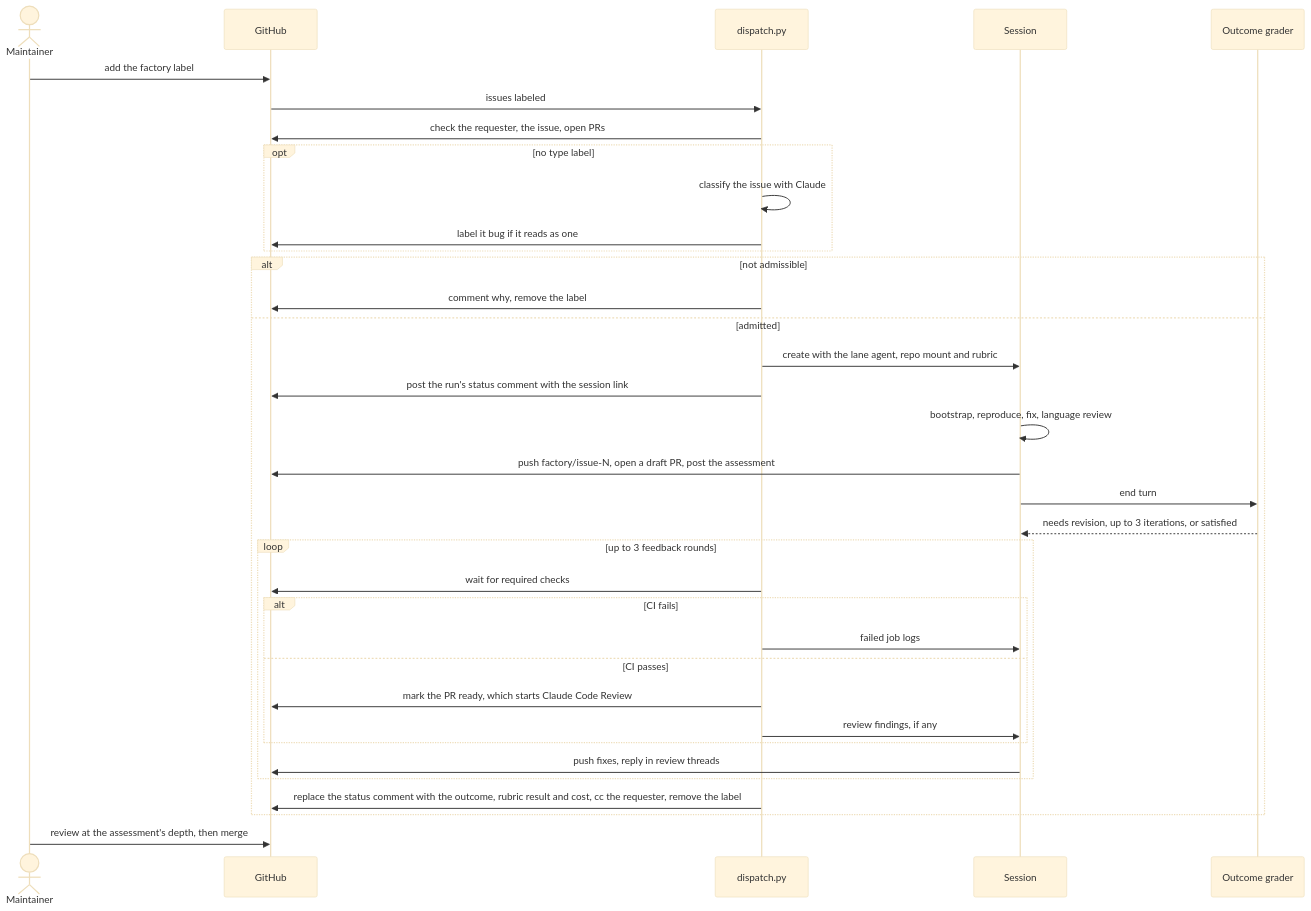
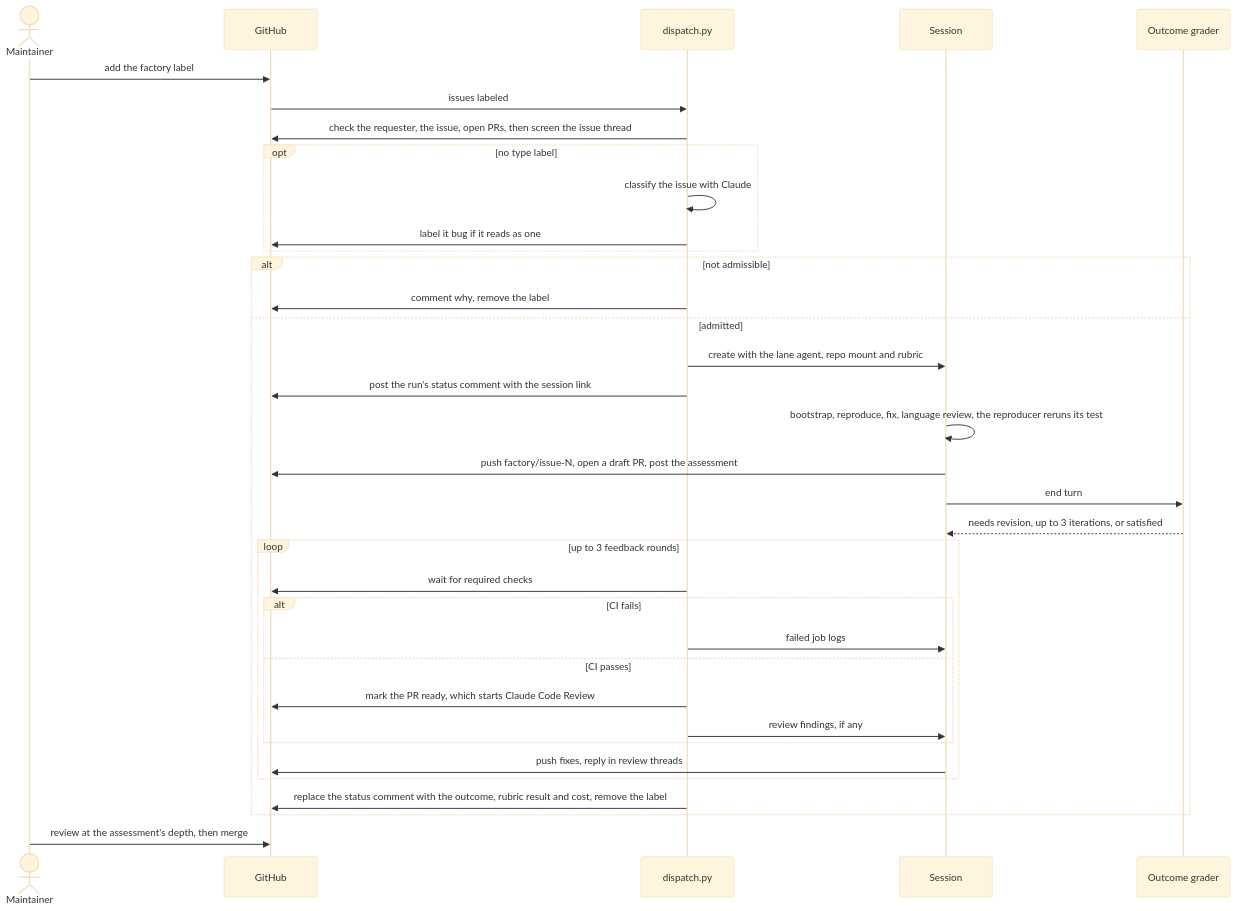
Before and after one commit to Arize-ai/openinference: the third of 6 diagrams in factory/README.md, drawn with Mermaid (base theme). The commit also changed other lines of this file and 27 other files, not shown here.

````diff
--- a/factory/README.md
+++ b/factory/README.md
@@ -111,38 +122,38 @@
 ```mermaid
 sequenceDiagram
   actor maintainer as Maintainer
   participant github as GitHub
   participant dispatch as dispatch.py
   participant session as Session
   participant grader as Outcome grader
 
   maintainer->>github: add the factory label
   github->>dispatch: issues labeled
-  dispatch->>github: check the requester, the issue, open PRs
+  dispatch->>github: check the requester, the issue, open PRs, then screen the issue thread
   opt no type label
     dispatch->>dispatch: classify the issue with Claude
     dispatch->>github: label it bug if it reads as one
   end
   alt not admissible
     dispatch->>github: comment why, remove the label
   else admitted
     dispatch->>session: create with the lane agent, repo mount and rubric
     dispatch->>github: post the run's status comment with the session link
-    session->>session: bootstrap, reproduce, fix, language review
+    session->>session: bootstrap, reproduce, fix, language review, the reproducer reruns its test
     session->>github: push factory/issue-N, open a draft PR, post the assessment
     session->>grader: end turn
     grader-->>session: needs revision, up to 3 iterations, or satisfied
     loop up to 3 feedback rounds
       dispatch->>github: wait for required checks
       alt CI fails
         dispatch->>session: failed job logs
       else CI passes
         dispatch->>github: mark the PR ready, which starts Claude Code Review
         dispatch->>session: review findings, if any
       end
       session->>github: push fixes, reply in review threads
     end
-    dispatch->>github: replace the status comment with the outcome, rubric result and cost, cc the requester, remove the label
+    dispatch->>github: replace the status comment with the outcome, rubric result and cost, remove the label
   end
   maintainer->>github: review at the assessment's depth, then merge
 ```
````
